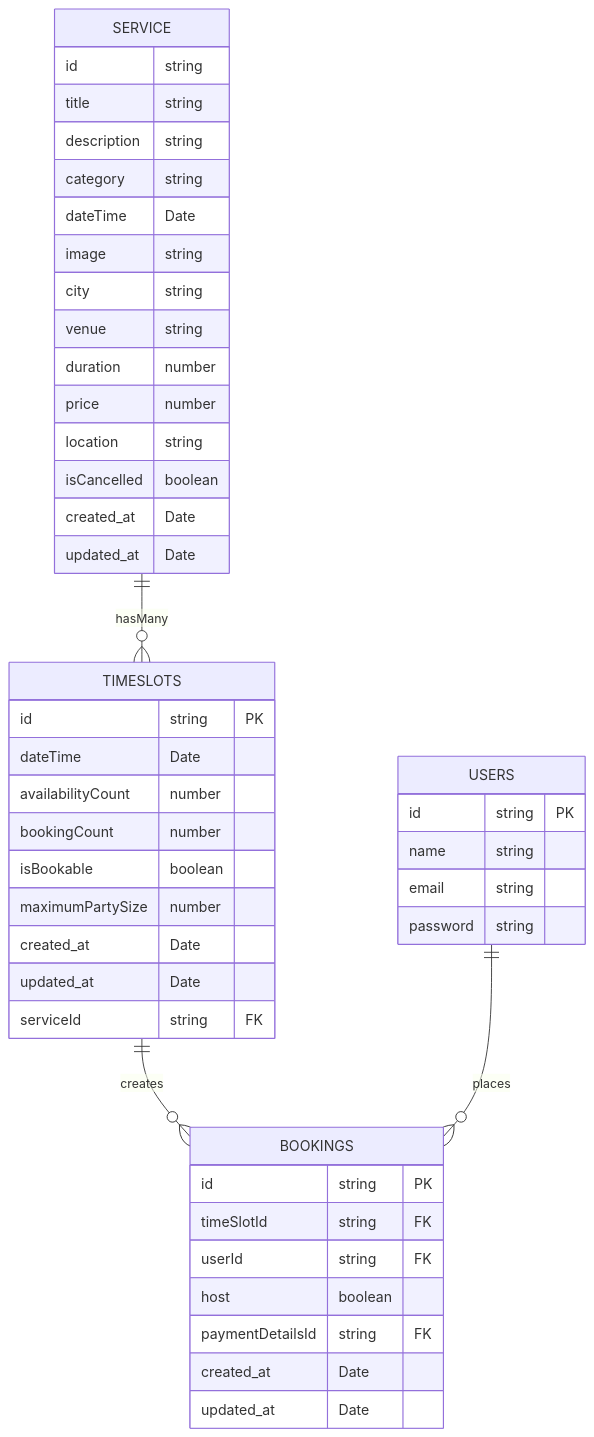
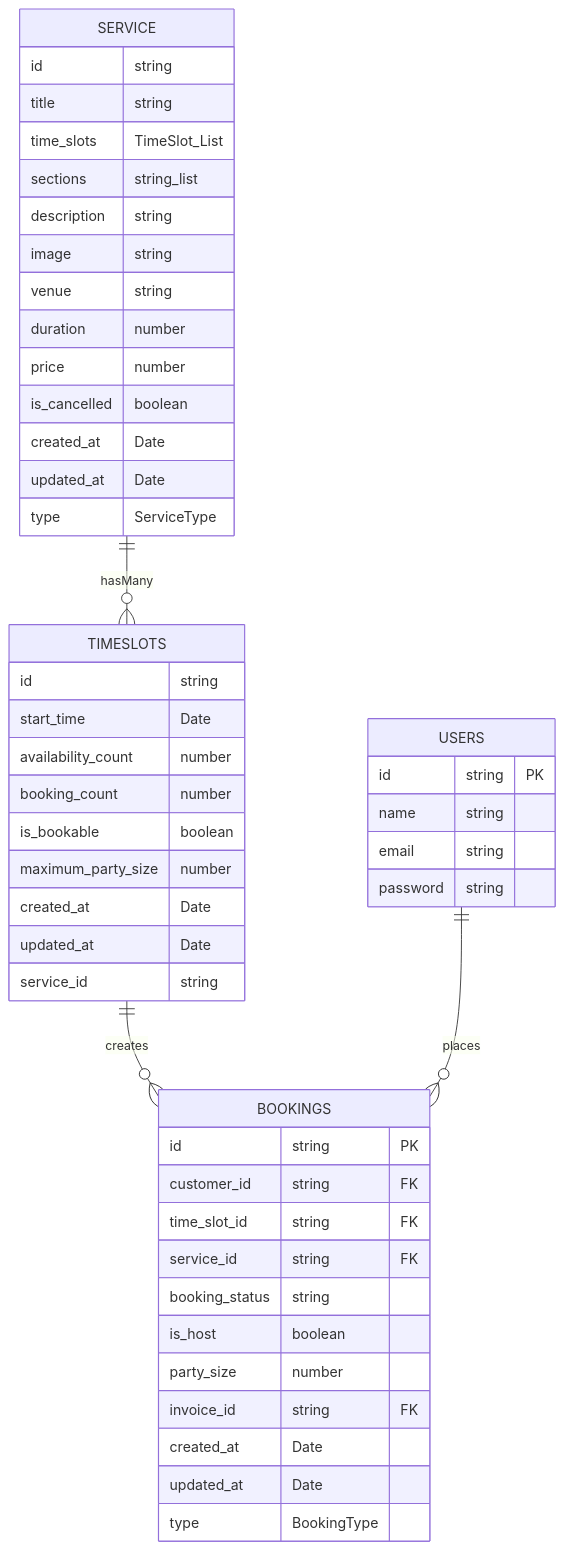
Before and after one commit to garaxer/nx-psych: the second of 3 diagrams in apps/api/g.md, drawn with Mermaid. The commit also changed 20 other files, not shown here.

````diff
--- a/apps/api/g.md
+++ b/apps/api/g.md
@@ -18,49 +18,52 @@
 ```mermaid
 erDiagram
     SERVICE ||--o{ TIMESLOTS : hasMany
     SERVICE {
         id string
         title string
+        time_slots TimeSlot_List
+        sections string_list
         description string
-        category string
-        dateTime Date
         image string
-        city string
         venue string
         duration number
         price number
-        location string
-        isCancelled boolean
+        is_cancelled boolean
         created_at Date
         updated_at Date
+        type ServiceType
     } 
     TIMESLOTS ||--o{ BOOKINGS : creates
     TIMESLOTS {
-        id string PK
-        dateTime Date
-        availabilityCount number
-        bookingCount number
-        isBookable boolean
-        maximumPartySize number
+        id string
+        start_time Date
+        availability_count number
+        booking_count number
+        is_bookable boolean
+        maximum_party_size number
         created_at Date
         updated_at Date
-        serviceId string FK
+        service_id string
     }
     BOOKINGS {
         id string PK
-        timeSlotId string FK
-        userId string FK
-        host boolean
-        paymentDetailsId string FK
+        customer_id string FK
+        time_slot_id string FK
+        service_id string FK
+        booking_status string
+        is_host boolean
+        party_size number
+        invoice_id string FK
         created_at Date
         updated_at Date
+        type BookingType
     }
     USERS ||--o{ BOOKINGS : places
     USERS {
         id string PK
         name string
         email string
         password string
     }
 
 ```
````
